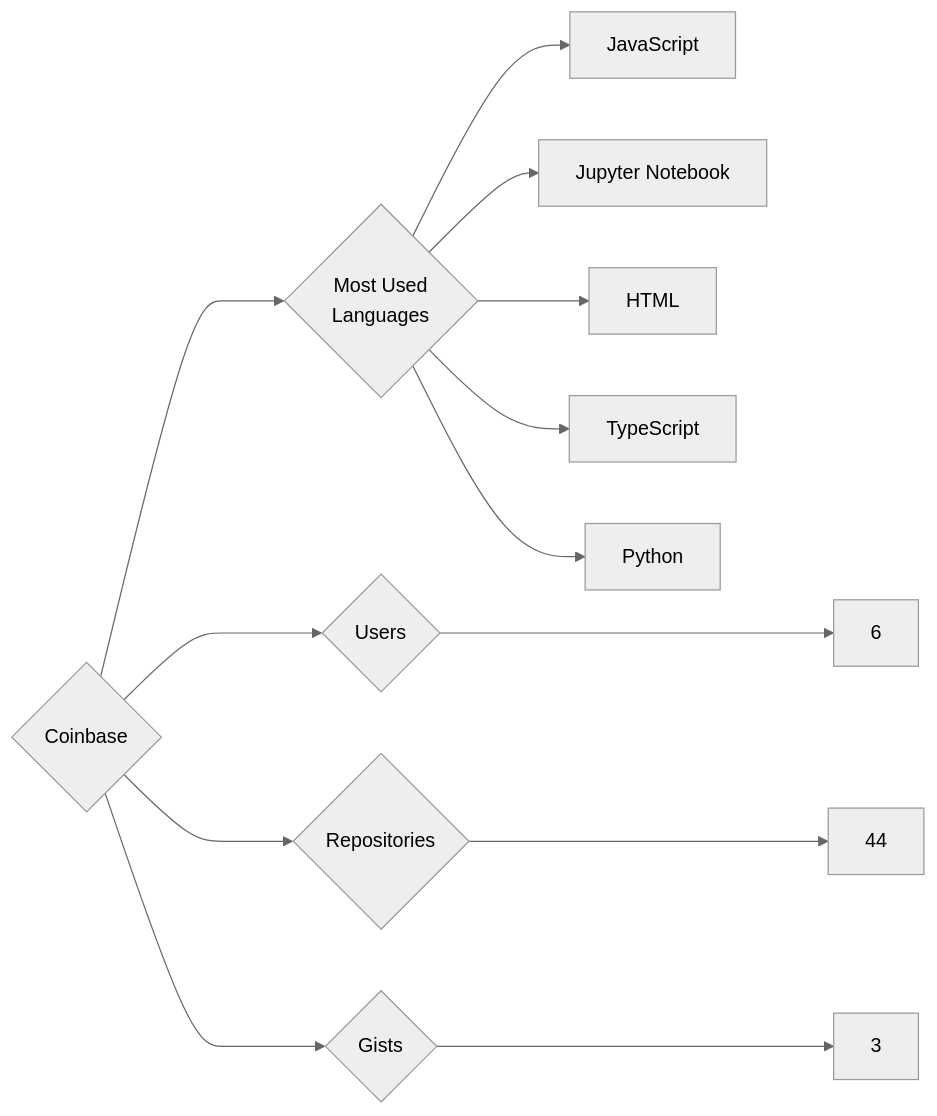
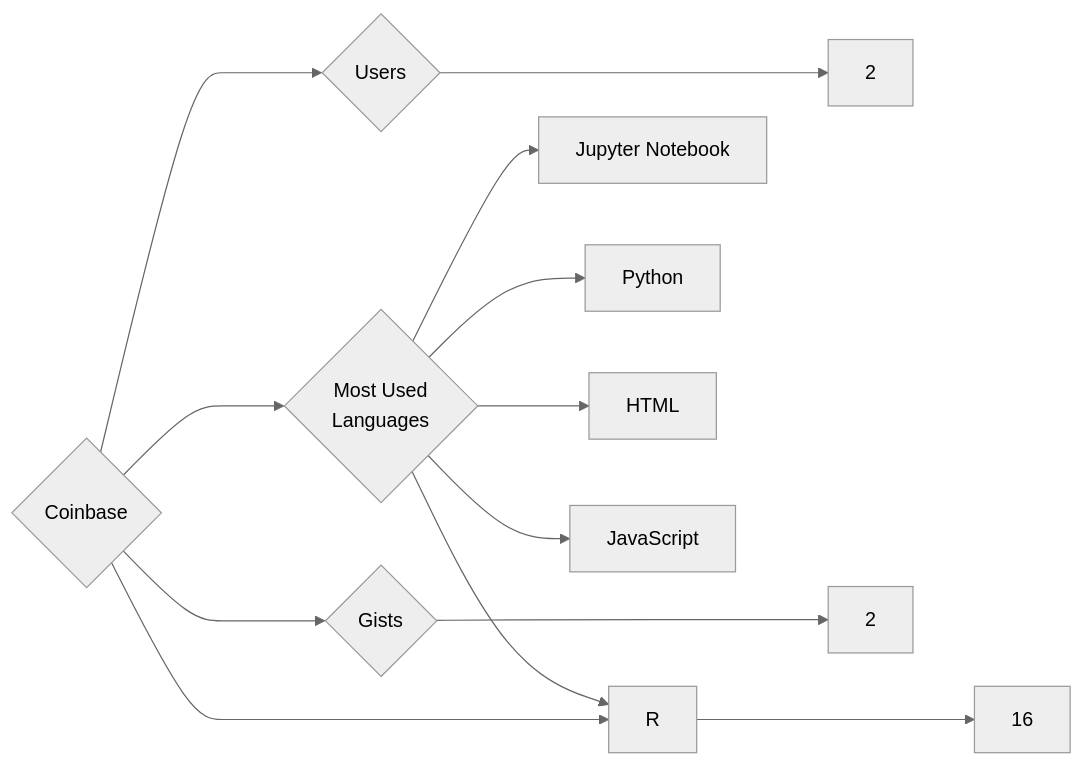
One commit to trickest/insiders changed the diagram in targets/Coinbase/README.md. Above: the diagram before and after it, drawn with Mermaid (neutral theme). The commit also changed 859 other files, not shown here.

````diff
--- a/targets/Coinbase/README.md
+++ b/targets/Coinbase/README.md
@@ -3,13 +3,13 @@
 ```mermaid
 graph LR
 COMPANY_NAME{Coinbase}
-COMPANY_NAME ---> U{Users} ---> UN[6]
-COMPANY_NAME ---> R{Repositories} ---> RN[44]
-COMPANY_NAME ---> G{Gists} ---> GN[3]
+COMPANY_NAME ---> U{Users} ---> UN[2]
+COMPANY_NAME ---> R{Repositories} ---> RN[16]
+COMPANY_NAME ---> G{Gists} ---> GN[2]
 COMPANY_NAME ---> ML{Most Used<br>Languages}
+ML --> Jupyter_Notebook[Jupyter Notebook]
+ML --> Python[Python]
+ML --> HTML[HTML]
+ML --> R[R]
 ML --> JavaScript[JavaScript]
-ML --> Jupyter_Notebook[Jupyter Notebook]
-ML --> HTML[HTML]
-ML --> TypeScript[TypeScript]
-ML --> Python[Python]
 ```
````
